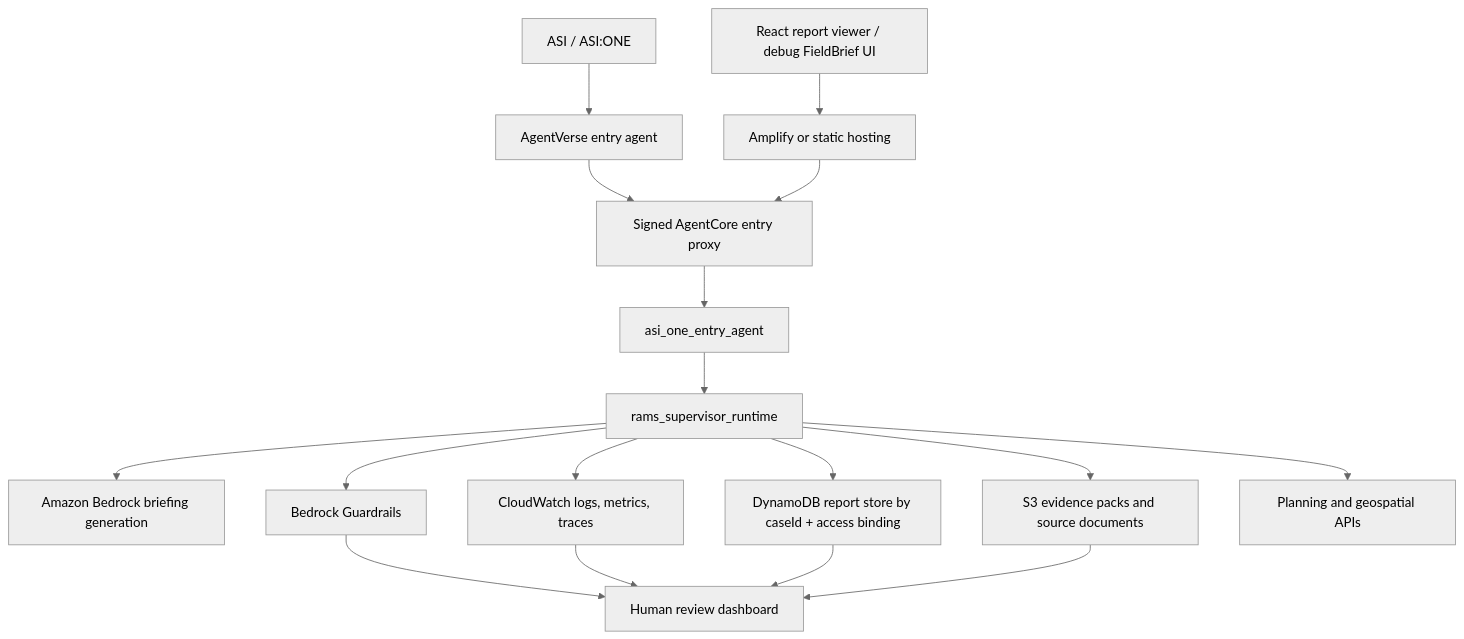
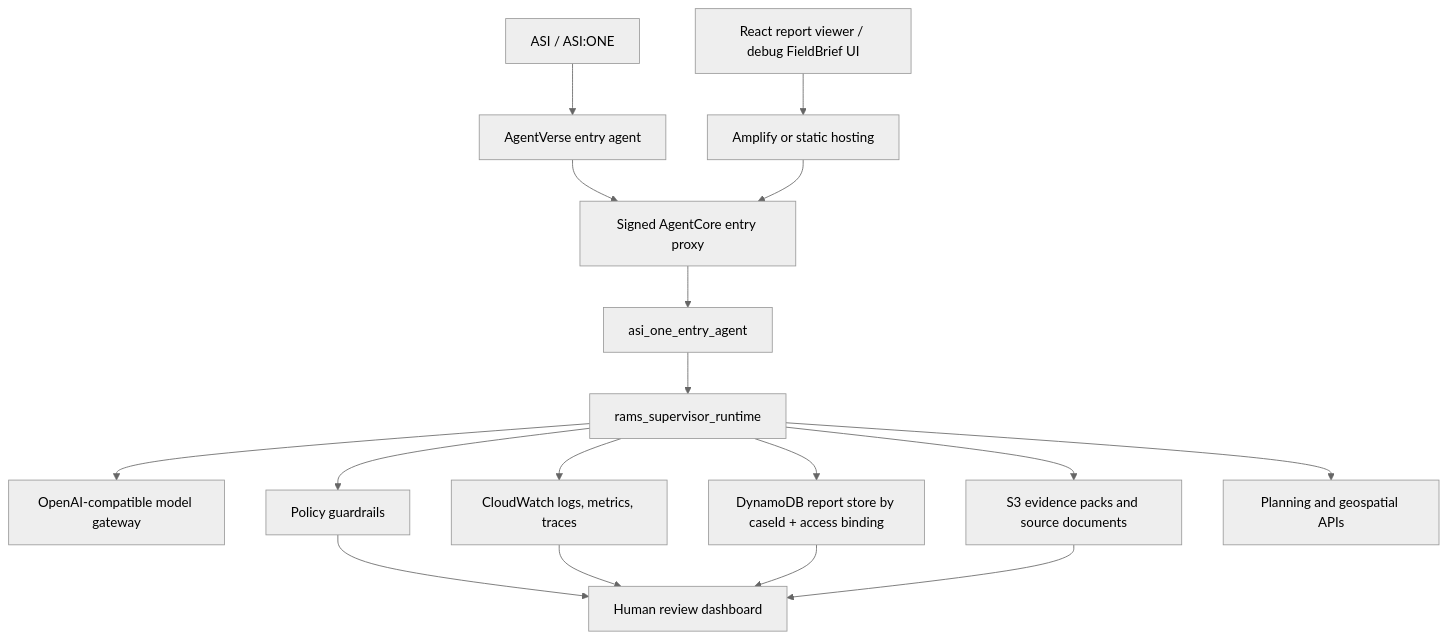
Before and after one commit to Capitano00/3D-RAMS: the ninth of 9 diagrams in docs/architecture.md, drawn with Mermaid (neutral theme). The commit also changed other lines of this file and 43 other files, not shown here.

Commit message:
Implement #70: Migrate live model path from Bedrock to OpenAI-compatible hosted gateway

````diff
--- a/docs/architecture.md
+++ b/docs/architecture.md
@@ -220,19 +220,19 @@
 ```mermaid
 flowchart TB
     ASI["ASI / ASI:ONE"] --> AgentVerse["AgentVerse entry agent"]
     UI["React report viewer / debug FieldBrief UI"] --> Edge["Amplify or static hosting"]
     AgentVerse --> Proxy["Signed AgentCore entry proxy"]
     Edge --> Proxy
     Proxy --> Entry["asi_one_entry_agent"]
     Entry --> Runtime["rams_supervisor_runtime"]
-    Runtime --> Bedrock["Amazon Bedrock briefing generation"]
-    Runtime --> Guardrails["Bedrock Guardrails"]
+    Runtime --> Gateway["OpenAI-compatible model gateway"]
+    Runtime --> Guardrails["Policy guardrails"]
     Runtime --> DDB["DynamoDB report store by caseId + access binding"]
     Runtime --> S3["S3 evidence packs and source documents"]
     Runtime --> CloudWatch["CloudWatch logs, metrics, traces"]
     Runtime --> Sources["Planning and geospatial APIs"]
     Guardrails --> Review["Human review dashboard"]
     CloudWatch --> Review
     DDB --> Review
     S3 --> Review
 ```
````
